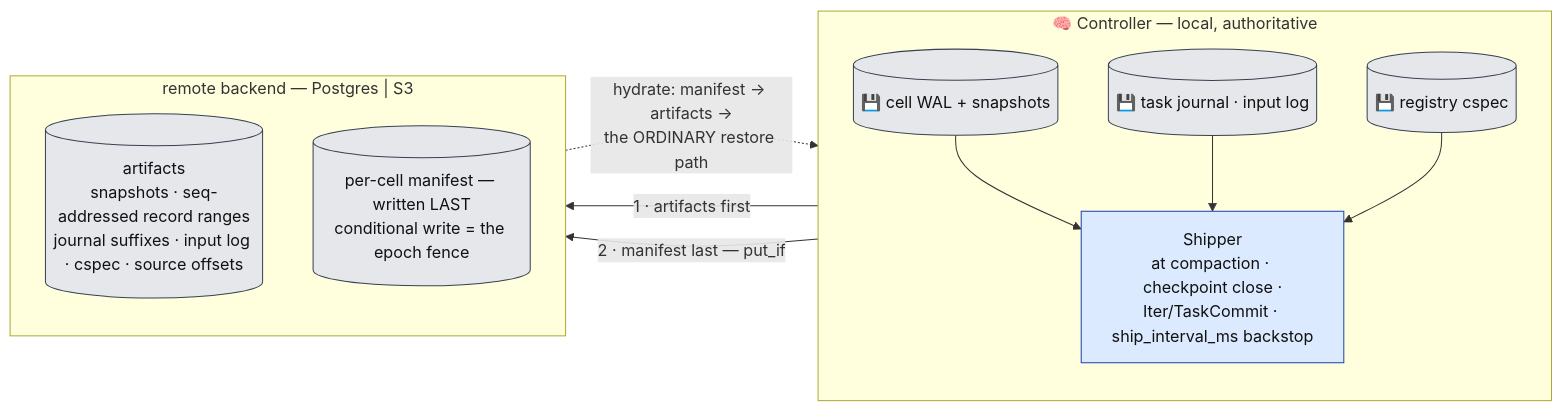
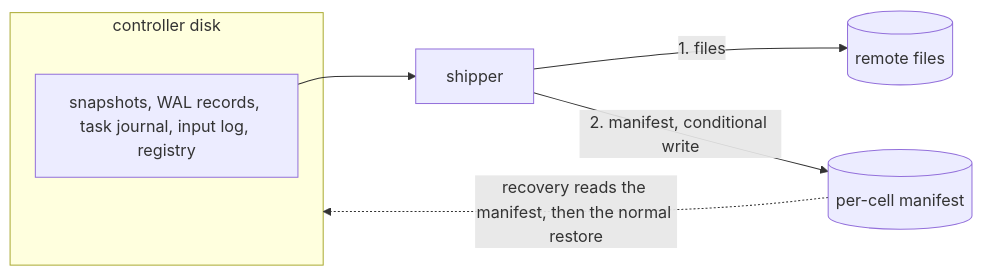
Before and after one commit to Flezha/flezha: the fifth of 10 diagrams in docs/architecture/kernel.md, drawn with Mermaid. The commit also changed other lines of this file and 10 other files, not shown here.

First line of the commit message:
Publish the architecture pages as their own chapter in the docs

````diff
--- a/docs/architecture/kernel.md
+++ b/docs/architecture/kernel.md
@@ -345,23 +315,10 @@
 ```mermaid
 flowchart LR
-    subgraph LOCAL["🧠 Controller — local, authoritative"]
-        direction TB
-        WAL[("💾 cell WAL + snapshots")]:::store
-        JRN[("💾 task journal · input log")]:::store
-        CSPEC[("💾 registry cspec")]:::store
-        SH["Shipper<br/>at compaction · checkpoint close ·<br/>Iter/TaskCommit · ship_interval_ms backstop"]:::ctrl
-        WAL --> SH
-        JRN --> SH
-        CSPEC --> SH
+    subgraph local["controller disk"]
+        F["snapshots, WAL records, task journal, input log, registry"]
     end
-    subgraph REMOTE["remote backend — Postgres | S3"]
-        direction TB
-        ART[("artifacts<br/>snapshots · seq-addressed record ranges<br/>journal suffixes · input log · cspec · source offsets")]:::store
-        MAN[("per-cell manifest — written LAST<br/>conditional write = the epoch fence")]:::store
-    end
-    SH -->|"1 · artifacts first"| ART
-    SH -->|"2 · manifest last — put_if"| MAN
-    MAN -.->|"hydrate: manifest → artifacts →<br/>the ORDINARY restore path"| LOCAL
-    classDef ctrl fill:#dbeafe,stroke:#1e40af,color:#111
-    classDef store fill:#e5e7eb,stroke:#374151,color:#111
+    F --> SH["shipper"]
+    SH -->|"1. files"| A[("remote files")]
+    SH -->|"2. manifest, conditional write"| M[("per-cell manifest")]
+    M -.->|"recovery reads the manifest, then the normal restore"| local
 ```
````
